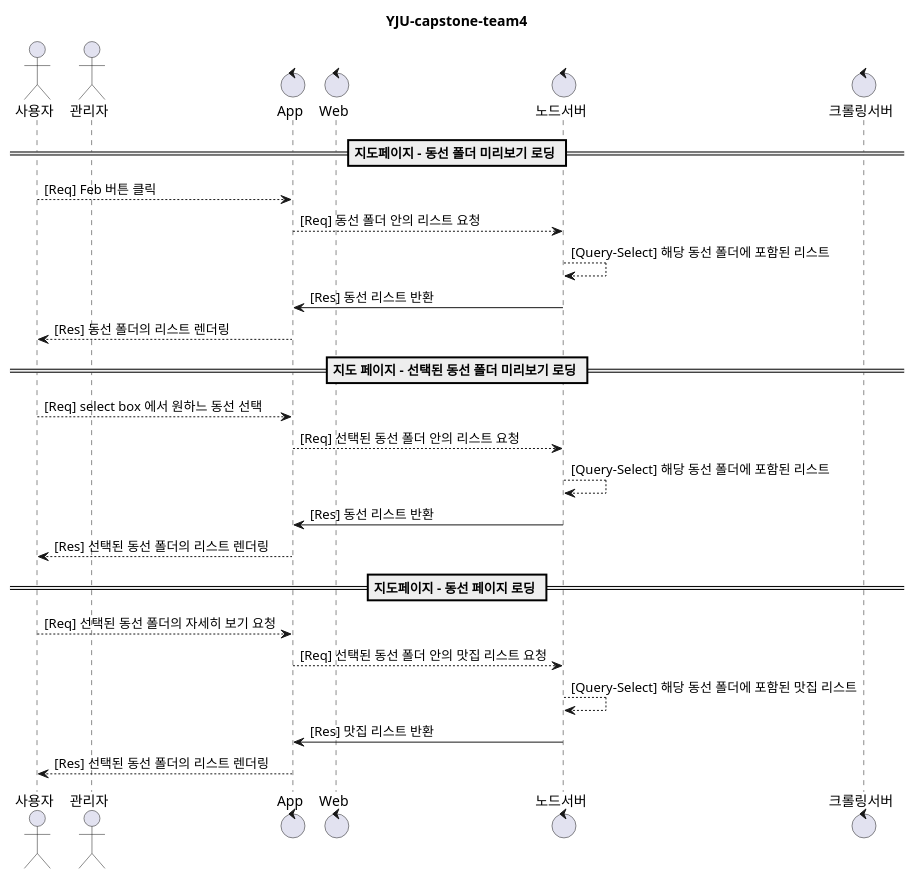
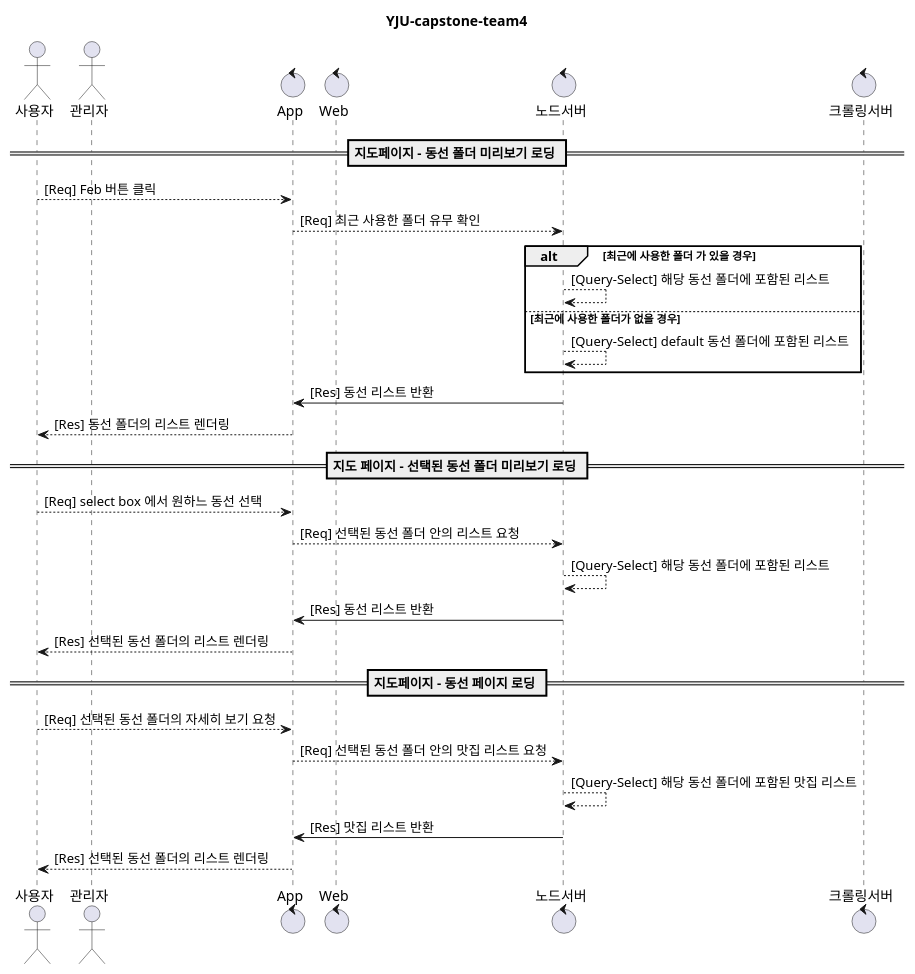
Before and after one commit to YJU-capstone-team4/Node.js-project-Server: the diagram in eight.wsd, drawn with PlantUML. The commit also changed 2 other files, not shown here.

Commit message:
Feature :: 시퀀스다이어그램 수정

```diff
--- a/eight.wsd
+++ b/eight.wsd
@@ -2,35 +2,39 @@
 @startuml
 
 title YJU-capstone-team4
 
 actor 사용자 as User
 actor 관리자 as Admin
 
 control App
 control Web
 control 노드서버 as Node
 control 크롤링서버 as Lamda
 
 == 지도페이지 - 동선 폴더 미리보기 로딩 ==
 User --> App : [Req] Feb 버튼 클릭
-App --> Node : [Req] 동선 폴더 안의 리스트 요청
-    Node --> Node : [Query-Select] 해당 동선 폴더에 포함된 리스트
+    App --> Node : [Req] 최근 사용한 폴더 유무 확인
+    alt 최근에 사용한 폴더 가 있을 경우
+        Node --> Node : [Query-Select] 해당 동선 폴더에 포함된 리스트
+    else 최근에 사용한 폴더가 없을 경우
+        Node --> Node : [Query-Select] default 동선 폴더에 포함된 리스트
+    end
 Node -> App : [Res] 동선 리스트 반환
 App --> User : [Res] 동선 폴더의 리스트 렌더링
 
 
 == 지도 페이지 - 선택된 동선 폴더 미리보기 로딩 ==
 User --> App : [Req] select box 에서 원하느 동선 선택
 App --> Node : [Req] 선택된 동선 폴더 안의 리스트 요청
     Node --> Node : [Query-Select] 해당 동선 폴더에 포함된 리스트
 Node -> App : [Res] 동선 리스트 반환
 App --> User : [Res] 선택된 동선 폴더의 리스트 렌더링
 
 
 == 지도페이지 - 동선 페이지 로딩 ==
 User --> App : [Req] 선택된 동선 폴더의 자세히 보기 요청
 App --> Node : [Req] 선택된 동선 폴더 안의 맛집 리스트 요청
     Node --> Node : [Query-Select] 해당 동선 폴더에 포함된 맛집 리스트
 Node -> App : [Res] 맛집 리스트 반환
 App --> User : [Res] 선택된 동선 폴더의 리스트 렌더링
 @enduml
```
